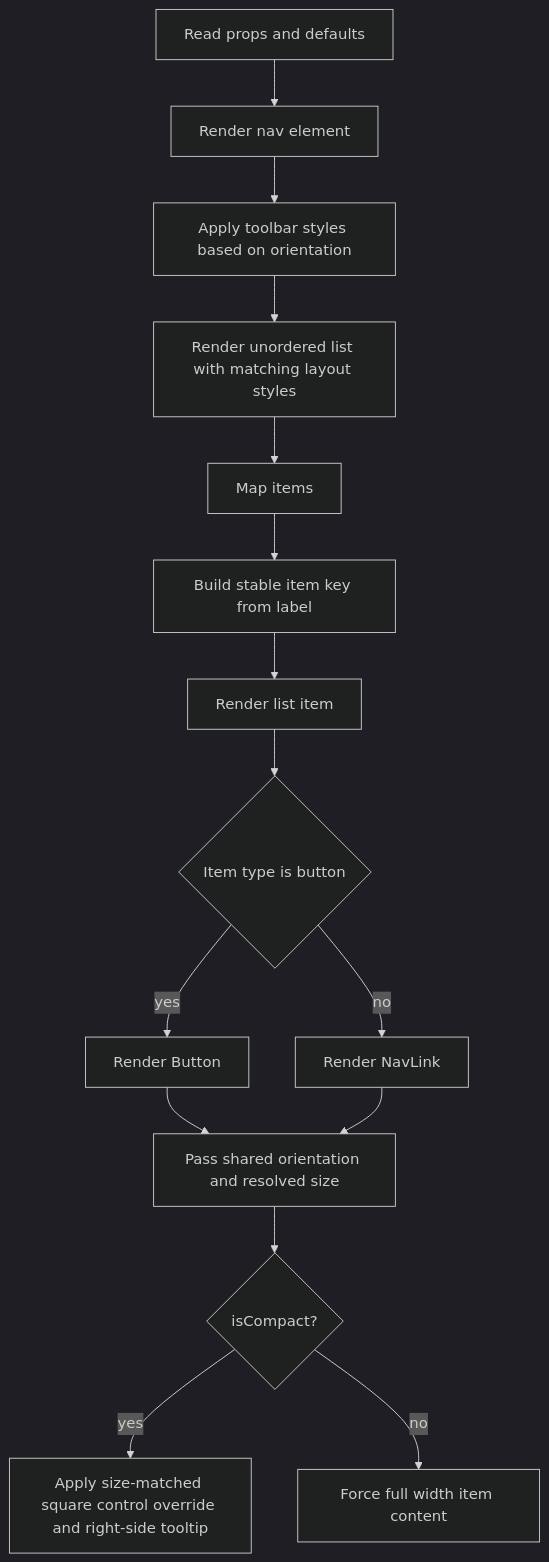
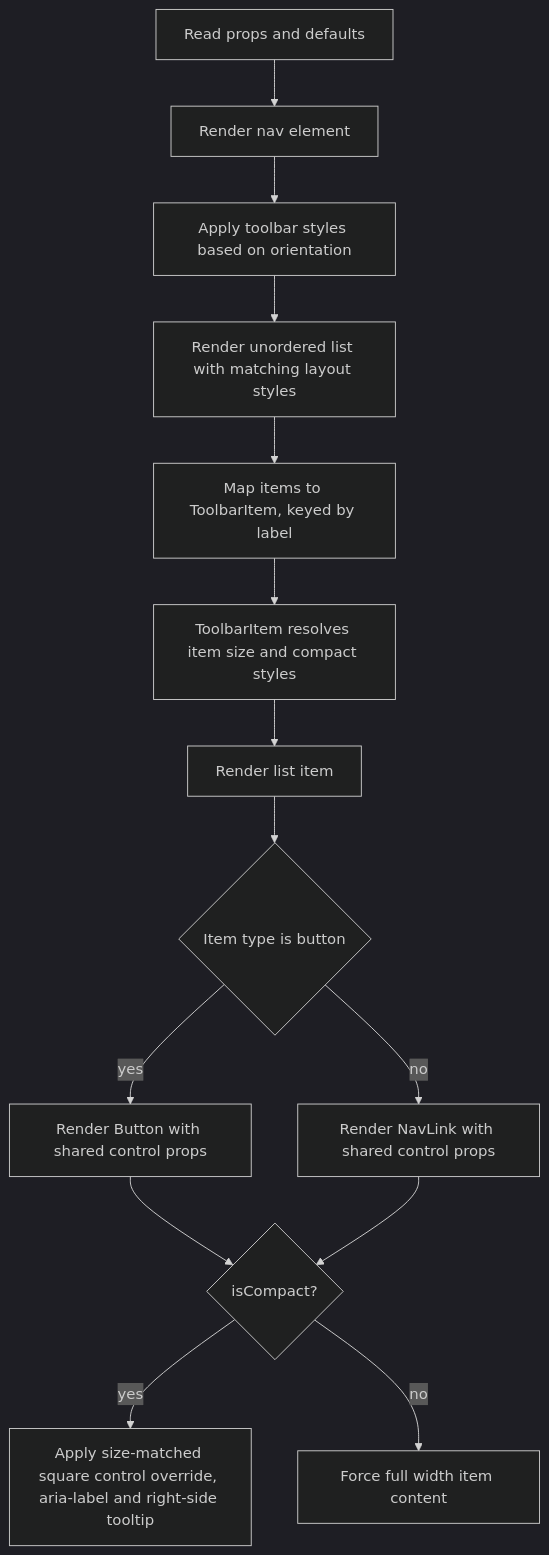
Before and after one commit to luciocabrera/lcabrera-stack: the third of 5 diagrams in packages/ui/src/components/Toolbar/ARCHITECTURE.md, drawn with Mermaid (dark theme). The commit also changed other lines of this file and 9 other files, not shown here.

First line of the commit message:
refactor(ui): extract ToolbarItem delegate + size-style lookup utils (phase 4.3)

````diff
--- a/packages/ui/src/components/Toolbar/ARCHITECTURE.md
+++ b/packages/ui/src/components/Toolbar/ARCHITECTURE.md
@@ -85,17 +98,16 @@
 ```mermaid
 graph TD
   A[Read props and defaults] --> B[Render nav element]
   B --> C[Apply toolbar styles based on orientation]
   C --> D[Render unordered list with matching layout styles]
-  D --> E[Map items]
-  E --> F[Build stable item key from label]
+  D --> E[Map items to ToolbarItem, keyed by label]
+  E --> F[ToolbarItem resolves item size and compact styles]
   F --> G[Render list item]
   G --> H{Item type is button}
-  H -- yes --> I[Render Button]
-  H -- no --> J[Render NavLink]
-  I --> K[Pass shared orientation and resolved size]
+  H -- yes --> I[Render Button with shared control props]
+  H -- no --> J[Render NavLink with shared control props]
+  I --> K{isCompact?}
   J --> K
-  K --> L{isCompact?}
-L -- yes --> M[Apply size-matched square control override and right-side tooltip]
-  L -- no --> N[Force full width item content]
+  K -- yes --> M[Apply size-matched square control override, aria-label and right-side tooltip]
+  K -- no --> N[Force full width item content]
 ```
````
